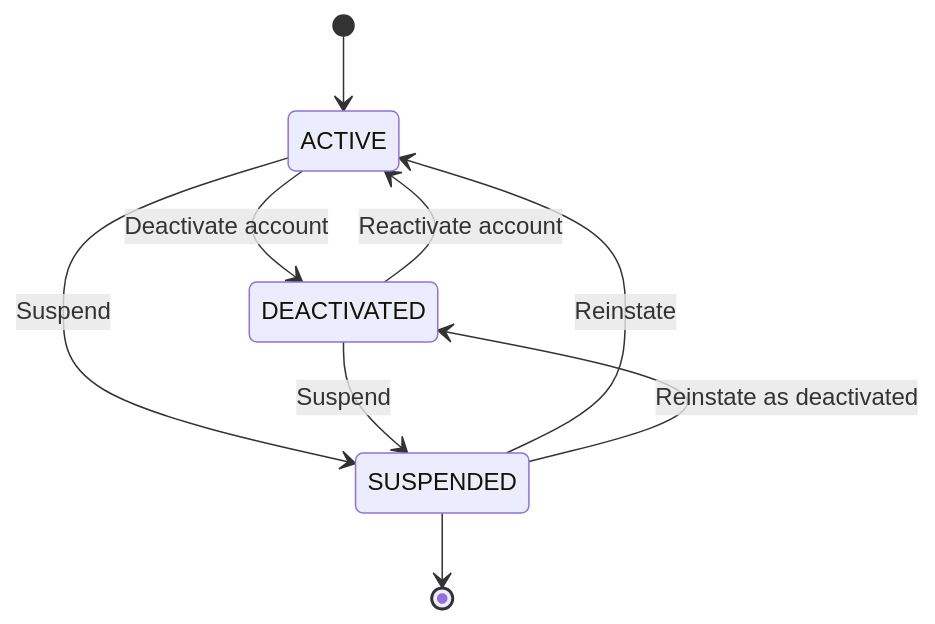
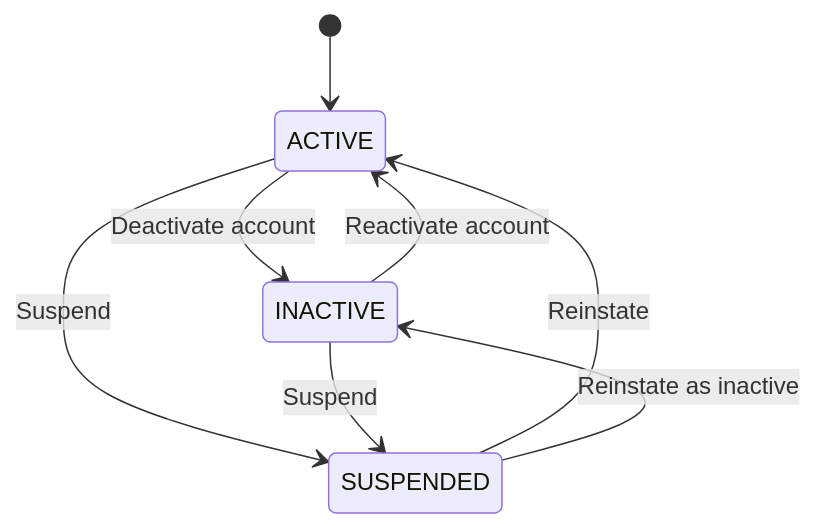
The first of 16 diagrams in docs/md/05_transactions_and_state.md (quangnt03/MarketplaceXL-spring-ms), drawn with Mermaid before and after one commit. The commit also changed other lines of this file and 3 other files, not shown here.

````diff
--- a/docs/md/05_transactions_and_state.md
+++ b/docs/md/05_transactions_and_state.md
@@ -6,14 +11,13 @@
 ```mermaid
 stateDiagram-v2
     [*] --> ACTIVE
 
-    ACTIVE --> DEACTIVATED: Deactivate account
-    DEACTIVATED --> ACTIVE: Reactivate account
+    ACTIVE --> INACTIVE: Deactivate account
+    INACTIVE --> ACTIVE: Reactivate account
 
     ACTIVE --> SUSPENDED: Suspend
-    DEACTIVATED --> SUSPENDED: Suspend
+    INACTIVE --> SUSPENDED: Suspend
 
     SUSPENDED --> ACTIVE: Reinstate
-    SUSPENDED --> DEACTIVATED: Reinstate as deactivated
-    SUSPENDED --> [*]
+    SUSPENDED --> INACTIVE: Reinstate as inactive
 ```
````
